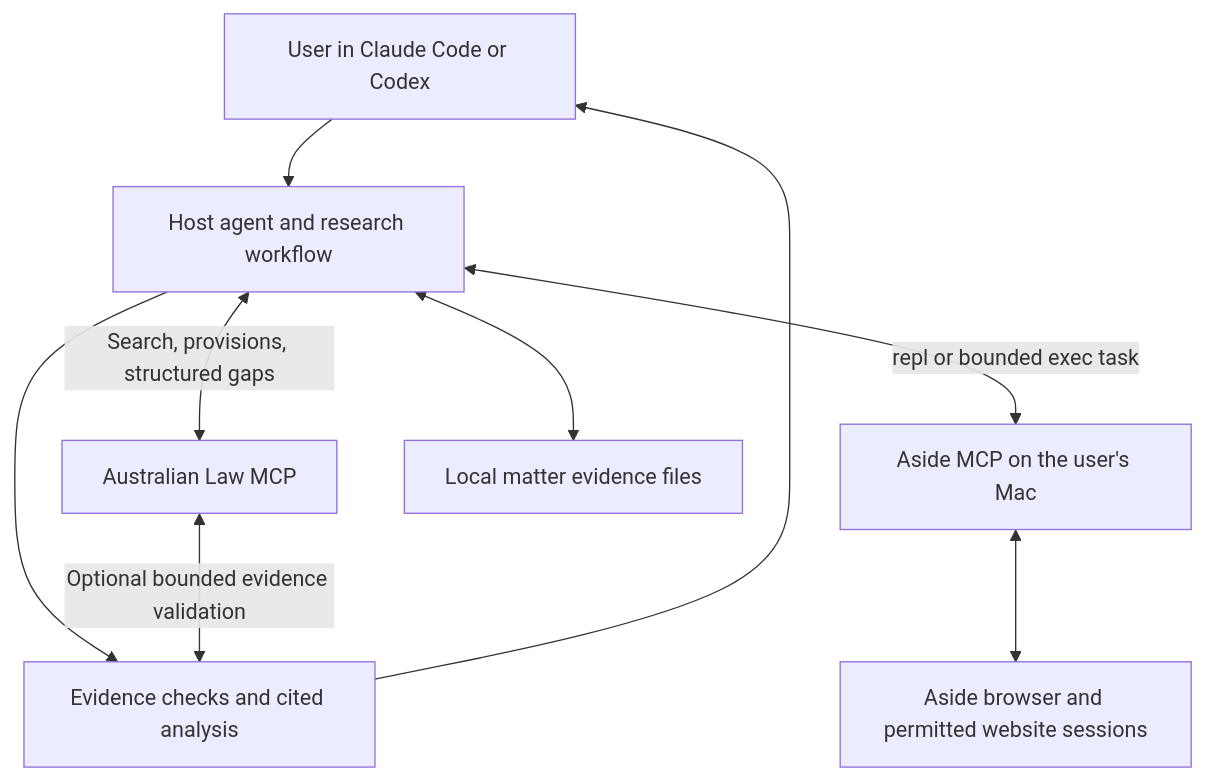
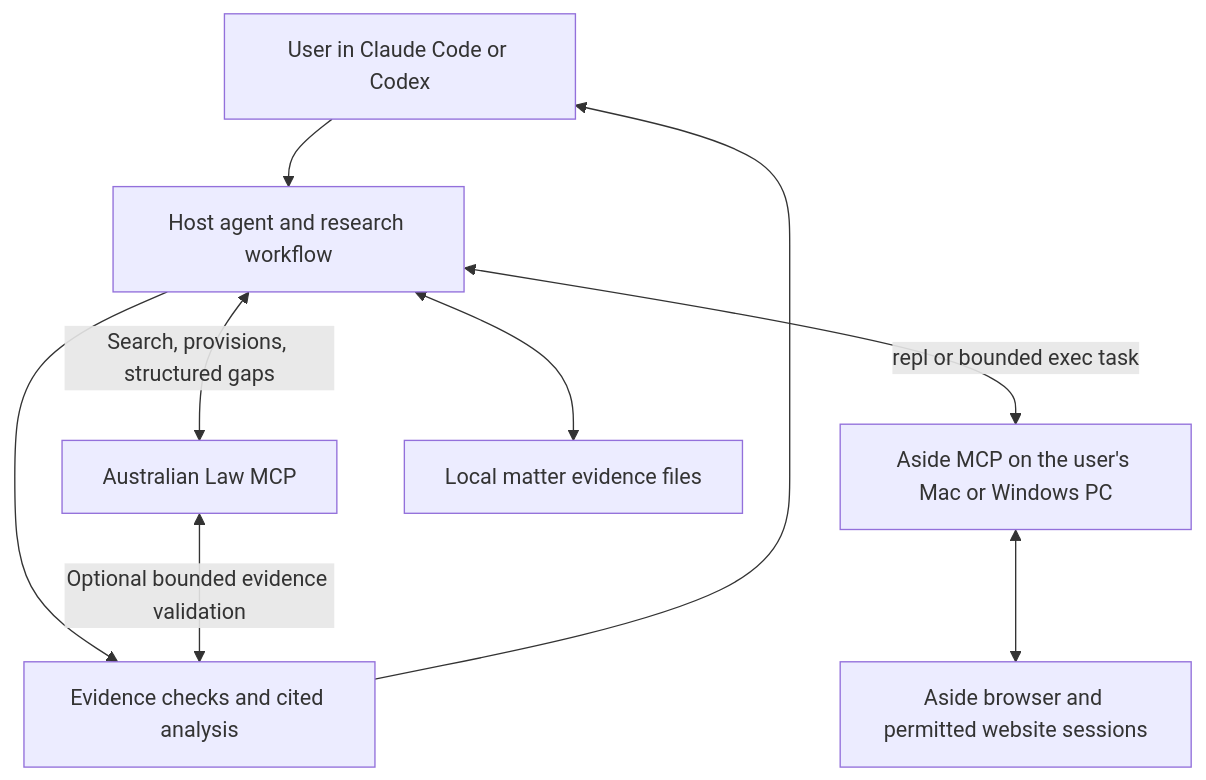
Before and after one commit to chldbwnstm/australian-law-mcp: the diagram in docs/AI-NATIVE-FOLLOWUP.md, drawn with Mermaid. The commit also changed other lines of this file and 46 other files, not shown here.

````diff
--- a/docs/AI-NATIVE-FOLLOWUP.md
+++ b/docs/AI-NATIVE-FOLLOWUP.md
@@ -74,11 +93,11 @@
 ```mermaid
 flowchart TD
     U[User in Claude Code or Codex] --> H[Host agent and research workflow]
     H <-->|Search, provisions, structured gaps| L[Australian Law MCP]
-    H <-->|repl or bounded exec task| A[Aside MCP on the user's Mac]
+    H <-->|repl or bounded exec task| A[Aside MCP on the user's Mac or Windows PC]
     A <--> B[Aside browser and permitted website sessions]
     H <--> E[Local matter evidence files]
     H --> V[Evidence checks and cited analysis]
     V --> U
     L <-->|Optional bounded evidence validation| V
 ```
````
